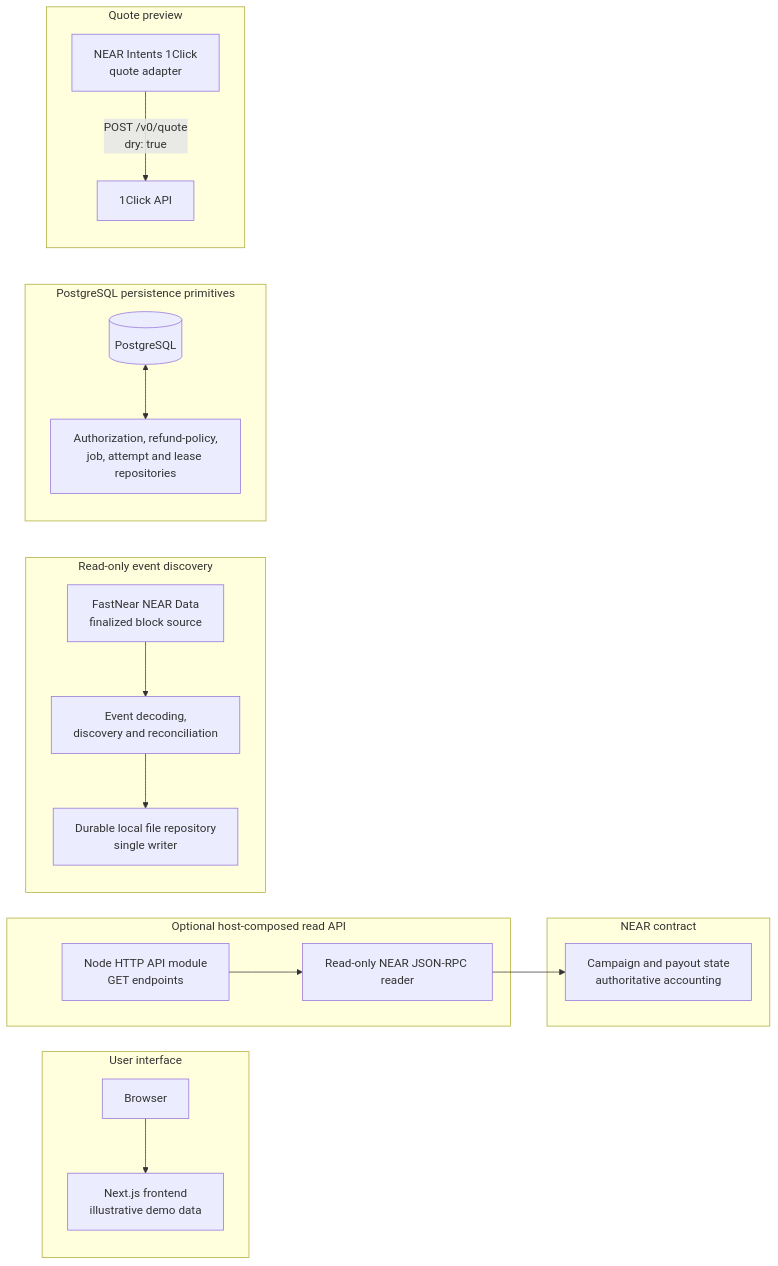
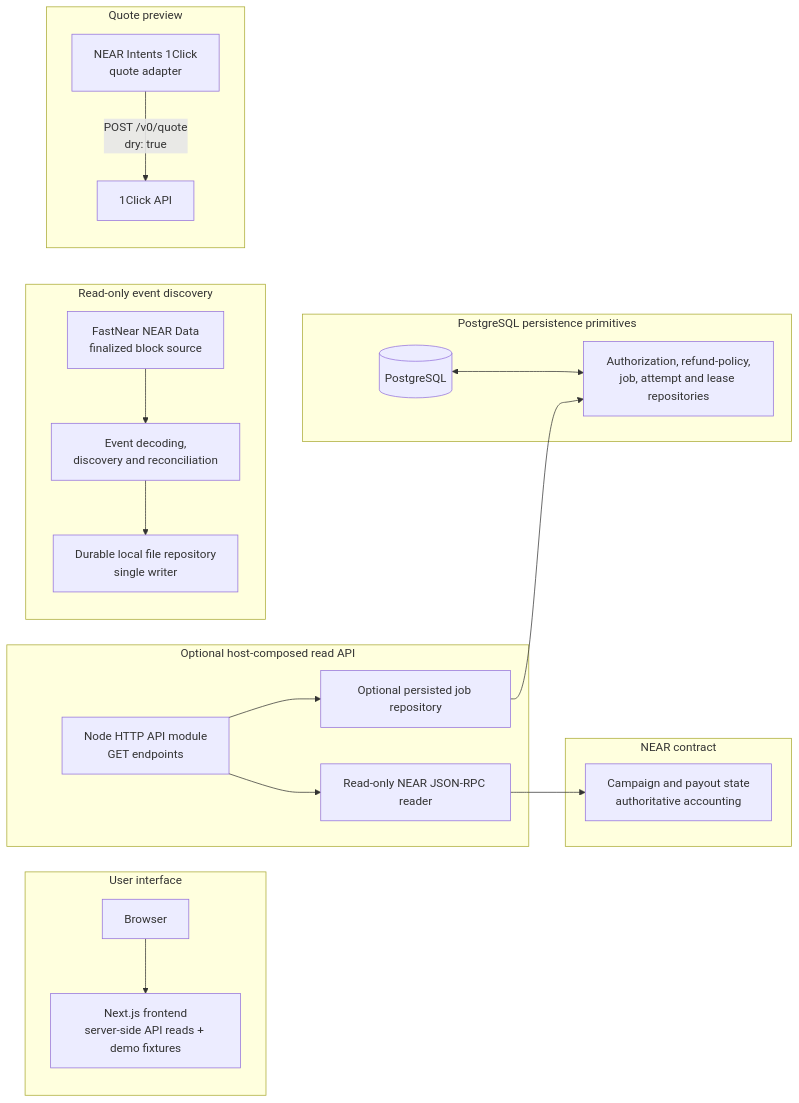
Before and after one commit to Sharon-dev-create/disburse: the diagram in README.md, drawn with Mermaid. The commit also changed other lines of this file and 3 other files, not shown here.

````diff
--- a/README.md
+++ b/README.md
@@ -76,31 +77,33 @@
 ```mermaid
 flowchart LR
   subgraph UI["User interface"]
-    Browser[Browser] --> Frontend["Next.js frontend<br/>illustrative demo data"]
+    Browser[Browser] --> Frontend["Next.js frontend<br/>server-side API reads + demo fixtures"]
   end
 
   subgraph Contract["NEAR contract"]
     ContractState["Campaign and payout state<br/>authoritative accounting"]
   end
 
   subgraph ReadAPI["Optional host-composed read API"]
     API["Node HTTP API module<br/>GET endpoints"]
     Reader["Read-only NEAR JSON-RPC reader"]
     API --> Reader --> ContractState
+    API --> JobRepository["Optional persisted job repository"]
   end
 
   subgraph Discovery["Read-only event discovery"]
     Provider["FastNear NEAR Data<br/>finalized block source"] --> DiscoveryCode["Event decoding,<br/>discovery and reconciliation"]
     DiscoveryCode --> FileStore["Durable local file repository<br/>single writer"]
   end
 
   subgraph Persistence["PostgreSQL persistence primitives"]
     Postgres[(PostgreSQL)]
     Repositories["Authorization, refund-policy,<br/>job, attempt and lease repositories"]
     Postgres <--> Repositories
+    JobRepository --> Repositories
   end
 
   subgraph Quotes["Quote preview"]
     QuoteAdapter["NEAR Intents 1Click<br/>quote adapter"] -->|"POST /v0/quote<br/>dry: true"| OneClick["1Click API"]
   end
 ```
````
